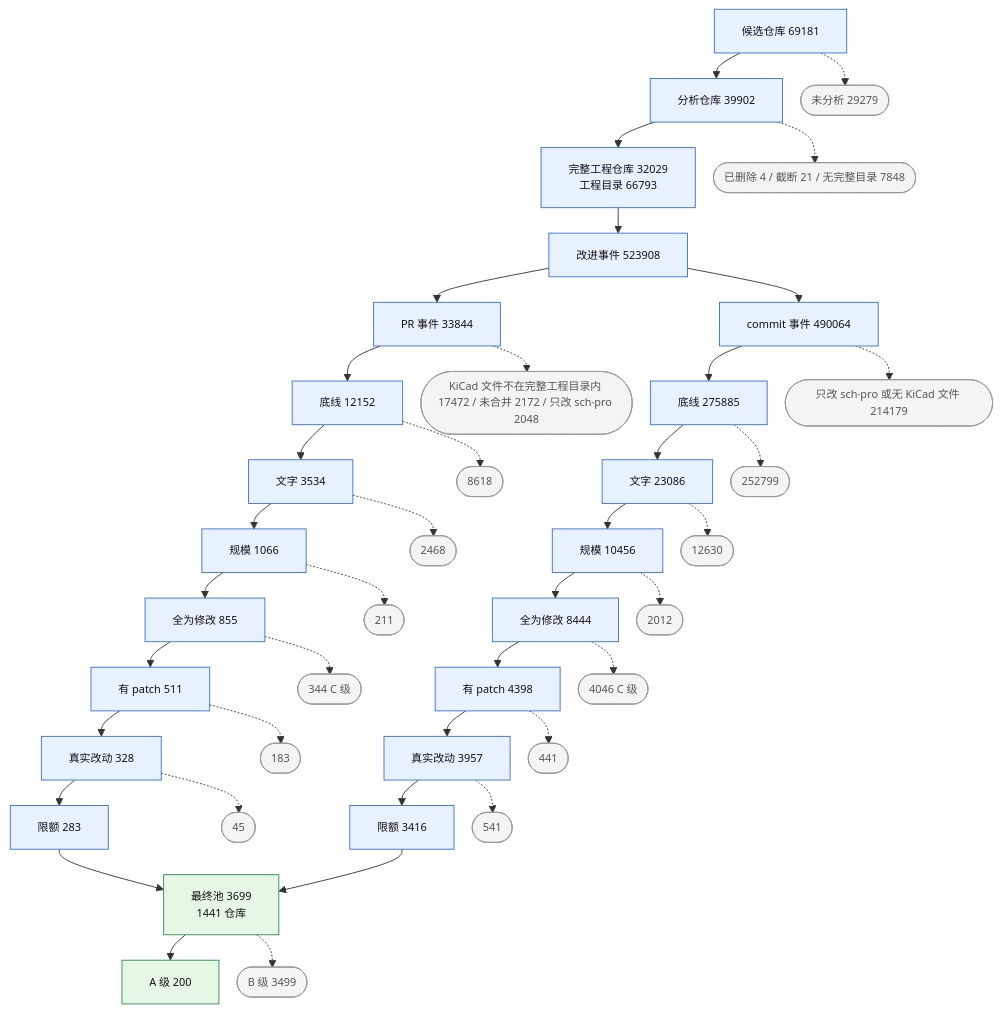
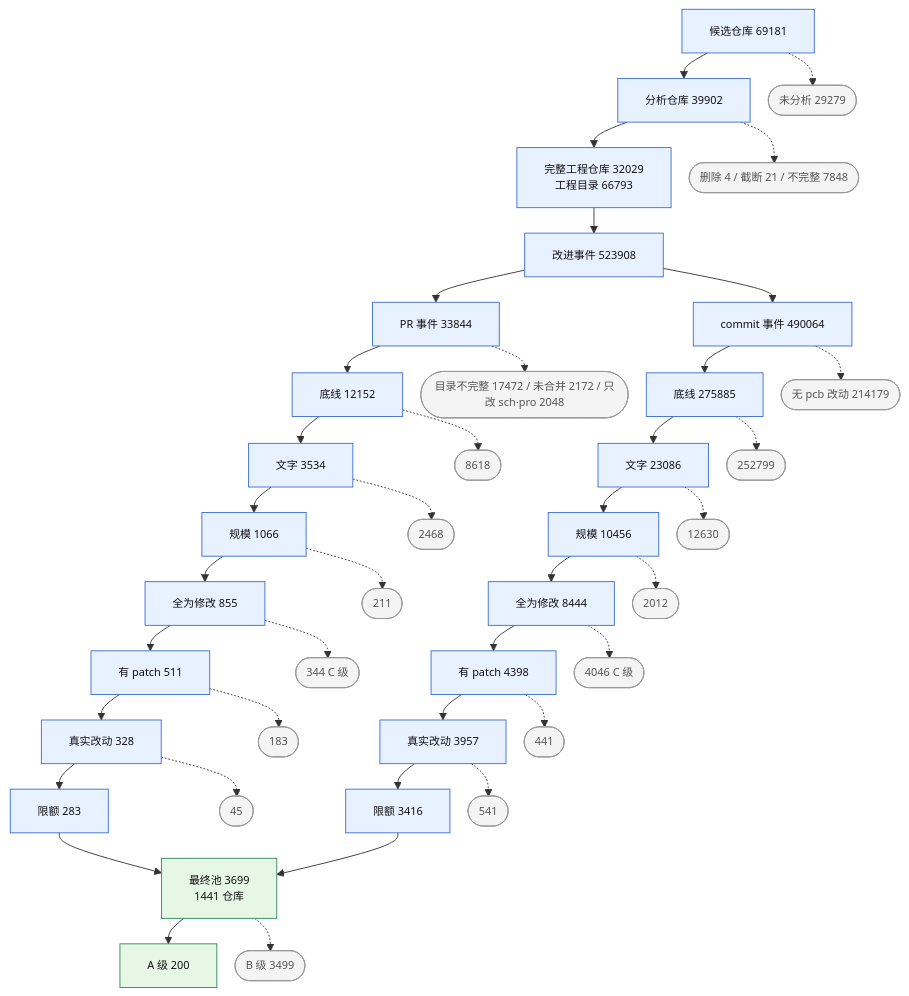
The first of 5 diagrams in reports/progress_report.md (Xiafyjck/github_kicad_project_scout), drawn with Mermaid before and after one commit. The commit also changed other lines of this file, not shown here.

Commit message:
reports: compress figure labels further

````diff
--- a/reports/progress_report.md
+++ b/reports/progress_report.md
@@ -96,36 +96,36 @@
 ```mermaid
 %%{init: {'themeVariables': {'fontSize': '12px'}, 'flowchart': {'nodeSpacing': 20, 'rankSpacing': 28}}}%%
 flowchart TB
     classDef exit fill:#f4f4f4,stroke:#999,color:#555
     classDef keep fill:#e8f1ff,stroke:#3b6fd6,color:#111
     classDef final fill:#e6f7e6,stroke:#2e8b57,color:#111
 
     C[候选仓库 69181]:::keep --> A[分析仓库 39902]:::keep --> Q[完整工程仓库 32029<br/>工程目录 66793]:::keep --> E[改进事件 523908]:::keep
     C -.-> CX([未分析 29279]):::exit
-    A -.-> AX([已删除 4 / 截断 21 / 无完整目录 7848]):::exit
+    A -.-> AX([删除 4 / 截断 21 / 不完整 7848]):::exit
     E --> P[PR 事件 33844]:::keep
     E --> M[commit 事件 490064]:::keep
 
     P --> P3[底线 12152]:::keep --> P4[文字 3534]:::keep --> P5[规模 1066]:::keep --> P6[全为修改 855]:::keep --> P7[有 patch 511]:::keep --> P8[真实改动 328]:::keep --> P9[限额 283]:::keep
-    P -.-> PX0([KiCad 文件不在完整工程目录内 17472 / 未合并 2172 / 只改 sch·pro 2048]):::exit
+    P -.-> PX0([目录不完整 17472 / 未合并 2172 / 只改 sch·pro 2048]):::exit
     P3 -.-> PX4([8618]):::exit
     P4 -.-> PX5([2468]):::exit
     P5 -.-> PX6([211]):::exit
     P6 -.-> PX7([344 C 级]):::exit
     P7 -.-> PX8([183]):::exit
     P8 -.-> PX9([45]):::exit
 
     M --> M3[底线 275885]:::keep --> M4[文字 23086]:::keep --> M5[规模 10456]:::keep --> M6[全为修改 8444]:::keep --> M7[有 patch 4398]:::keep --> M8[真实改动 3957]:::keep --> M9[限额 3416]:::keep
-    M -.-> MX0([只改 sch·pro 或无 KiCad 文件 214179]):::exit
+    M -.-> MX0([无 pcb 改动 214179]):::exit
     M3 -.-> MX4([252799]):::exit
     M4 -.-> MX5([12630]):::exit
     M5 -.-> MX6([2012]):::exit
     M6 -.-> MX7([4046 C 级]):::exit
     M7 -.-> MX8([441]):::exit
     M8 -.-> MX9([541]):::exit
 
     P9 --> F[最终池 3699<br/>1441 仓库]:::final
     M9 --> F
     F --> G[A 级 200]:::final
     F -.-> FB([B 级 3499]):::exit
 ```
````
